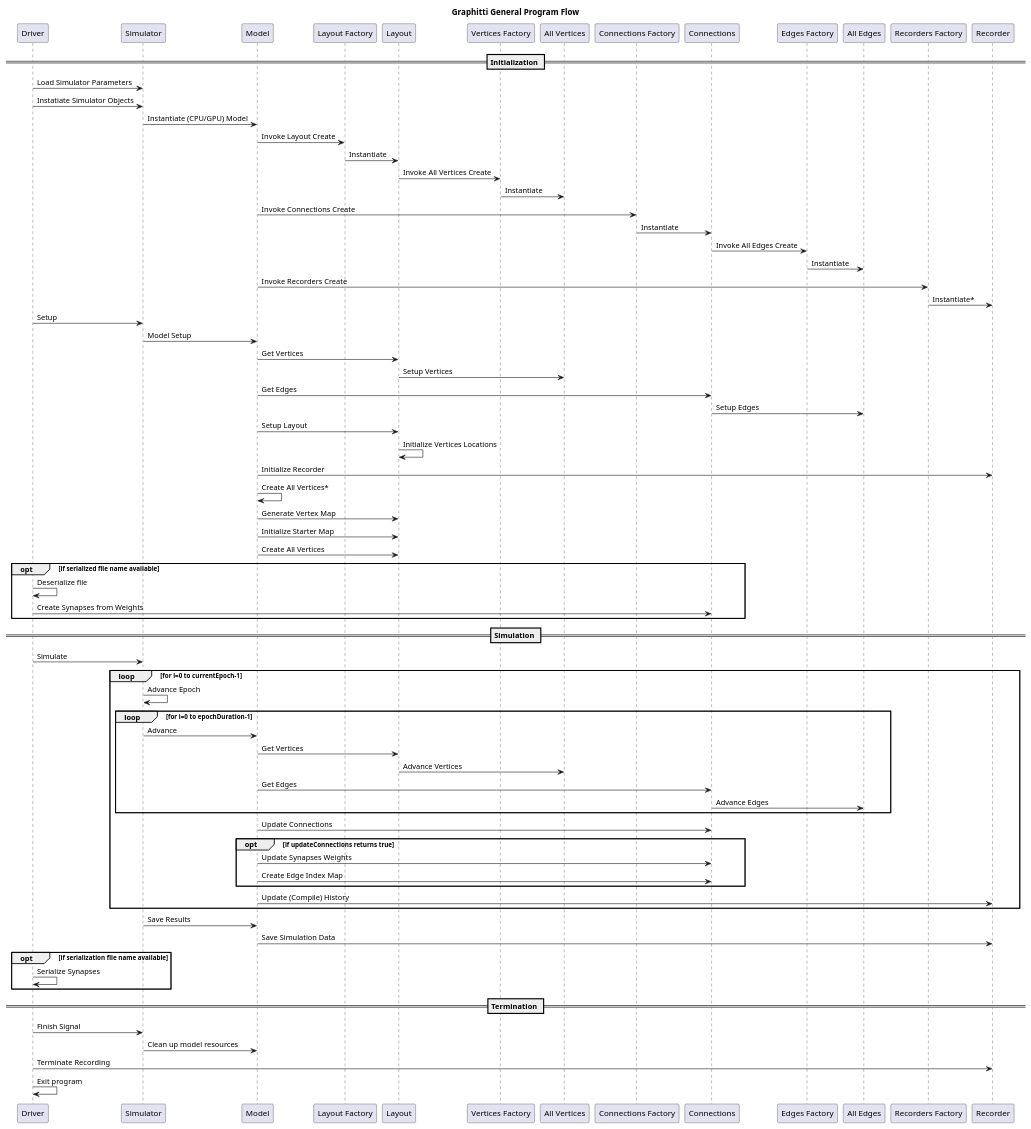
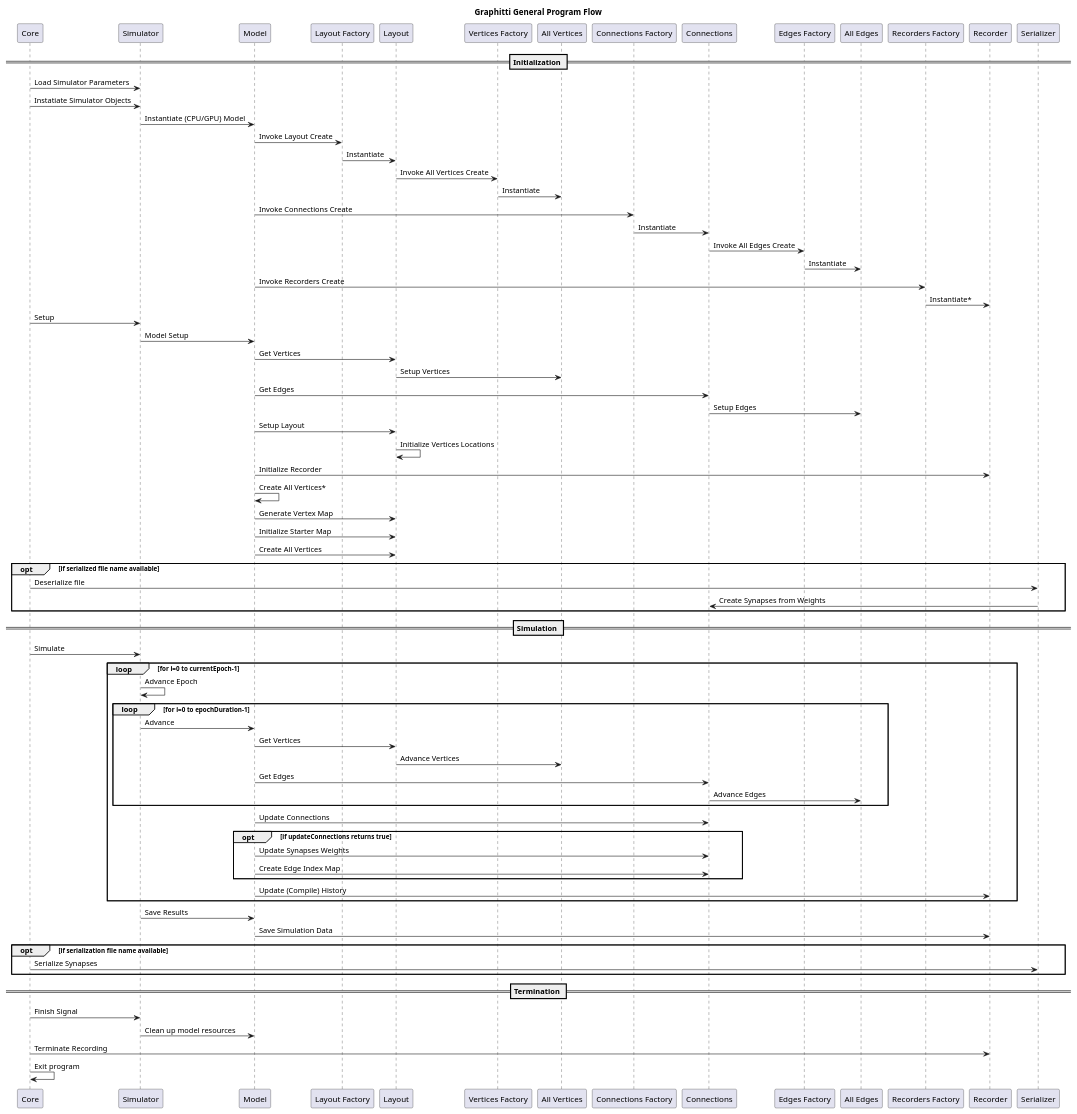
Before and after one commit to UWB-Biocomputing/Graphitti: the diagram in docs/Developer/SequenceDiagrams/graphitti.puml, drawn with PlantUML. The commit also changed 6 other files, not shown here.

Commit message:
Update Driver.cpp refernces to Core.cpp

```diff
--- a/docs/Developer/SequenceDiagrams/graphitti.puml
+++ b/docs/Developer/SequenceDiagrams/graphitti.puml
@@ -1,72 +1,72 @@
 @startuml graphitti program flow
 
 title Graphitti General Program Flow
 
 == Initialization ==
-Driver -> Simulator: Load Simulator Parameters
-Driver -> Simulator: Instatiate Simulator Objects
+Core -> Simulator: Load Simulator Parameters
+Core -> Simulator: Instatiate Simulator Objects
 Simulator -> Model: Instantiate (CPU/GPU) Model
 Model -> "Layout Factory": Invoke Layout Create 
 "Layout Factory" -> Layout: Instantiate
 Layout -> "Vertices Factory": Invoke All Vertices Create 
 "Vertices Factory" -> "All Vertices": Instantiate
 
 Model -> "Connections Factory": Invoke Connections Create 
 "Connections Factory" -> Connections: Instantiate 
 Connections -> "Edges Factory": Invoke All Edges Create 
 "Edges Factory" -> "All Edges": Instantiate
 
 Model -> "Recorders Factory": Invoke Recorders Create
 "Recorders Factory" -> Recorder: Instantiate*
 
-Driver -> Simulator: Setup 
+Core -> Simulator: Setup 
 Simulator -> Model: Model Setup
 Model -> Layout: Get Vertices 
 Layout -> "All Vertices": Setup Vertices
 Model -> Connections: Get Edges
 Connections -> "All Edges": Setup Edges
 Model -> Layout: Setup Layout
 Layout -> Layout: Initialize Vertices Locations
 Model -> Recorder: Initialize Recorder 
 Model -> Model: Create All Vertices*
 Model -> Layout: Generate Vertex Map 
 Model -> Layout: Initialize Starter Map 
 Model -> Layout: Create All Vertices
 opt if serialized file name available
-    Driver -> Driver: Deserialize file
-    Driver -> Connections: Create Synapses from Weights
+    Core -> Serializer: Deserialize file
+    Serializer -> Connections: Create Synapses from Weights
 end
 
 == Simulation ==
 
-Driver -> Simulator: Simulate
+Core -> Simulator: Simulate
 loop for i=0 to currentEpoch-1
     Simulator -> Simulator: Advance Epoch
     loop for i=0 to epochDuration-1
         Simulator->Model: Advance
         Model -> Layout: Get Vertices 
         Layout -> "All Vertices": Advance Vertices
         Model -> Connections: Get Edges
         Connections -> "All Edges": Advance Edges
     end
     Model -> Connections: Update Connections
     opt if updateConnections returns true
         Model -> Connections: Update Synapses Weights
         Model -> Connections: Create Edge Index Map
     end
     Model->Recorder: Update (Compile) History
 end
 Simulator -> Model: Save Results 
 Model -> Recorder: Save Simulation Data 
 opt if serialization file name available 
-    Driver -> Driver: Serialize Synapses
+    Core -> Serializer: Serialize Synapses
 end
 
 == Termination ==
 
-Driver -> Simulator: Finish Signal 
+Core -> Simulator: Finish Signal 
 Simulator -> Model: Clean up model resources
-Driver -> Recorder: Terminate Recording
-Driver -> Driver: Exit program
+Core -> Recorder: Terminate Recording
+Core -> Core: Exit program
 
 @enduml
```
